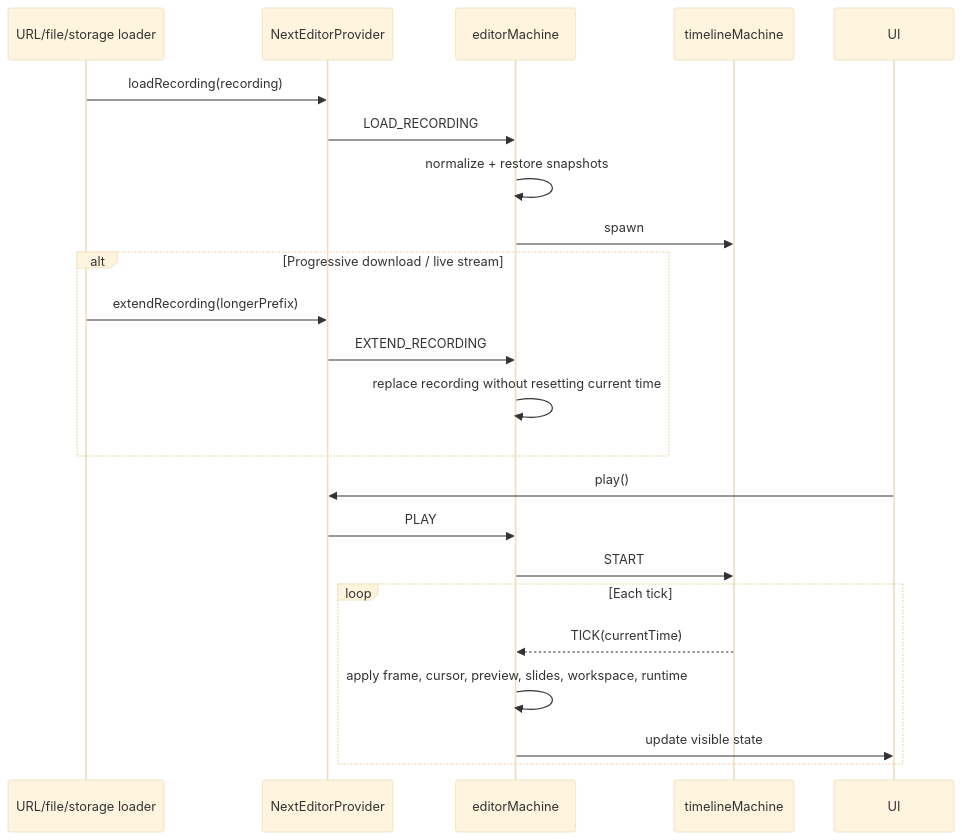
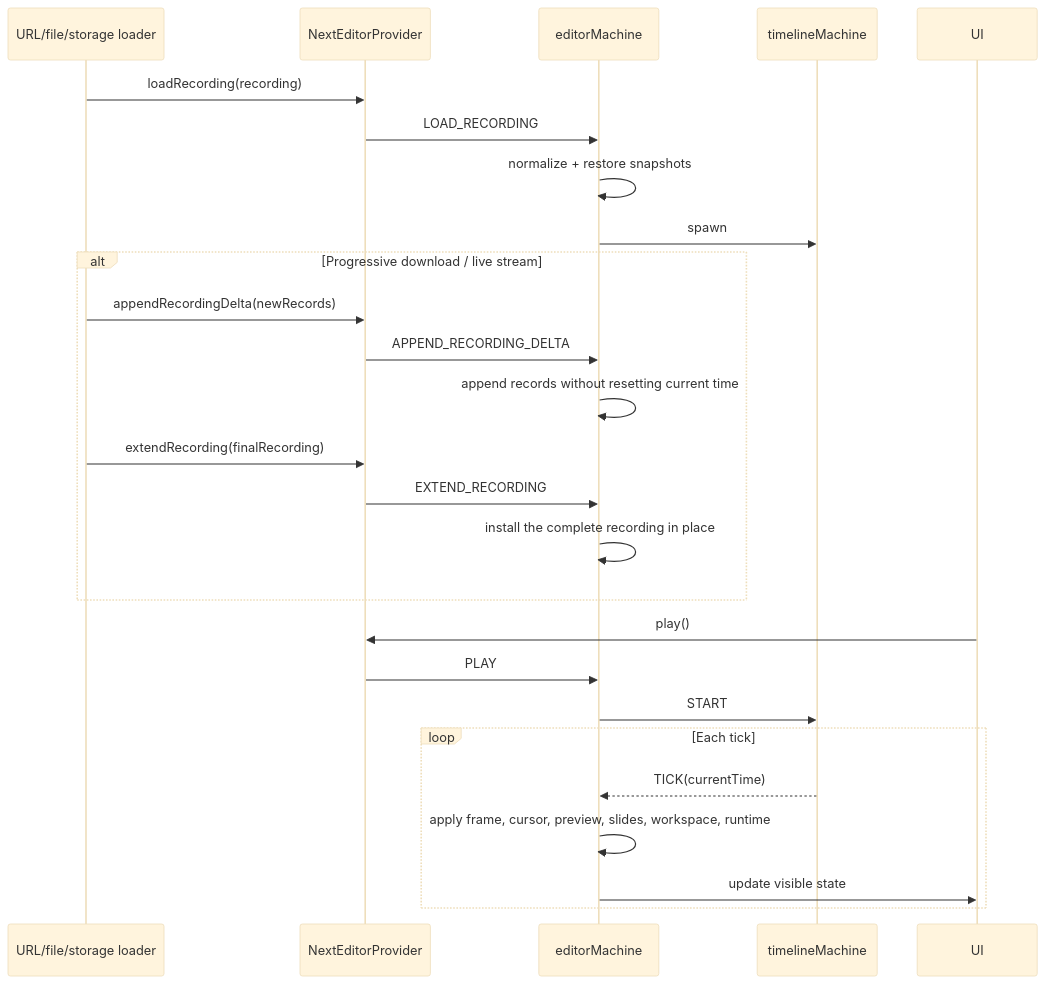
One commit to channyeintun/next-editor changed the third of 6 diagrams in docs/data-flow.md. Above: the diagram before and after it, drawn with Mermaid (base theme). The commit also changed other lines of this file and 3 other files, not shown here.

````diff
--- a/docs/data-flow.md
+++ b/docs/data-flow.md
@@ -94,29 +94,32 @@
 ```mermaid
 sequenceDiagram
     participant Loader as URL/file/storage loader
     participant Provider as NextEditorProvider
     participant Machine as editorMachine
     participant Timeline as timelineMachine
     participant UI
 
     Loader->>Provider: loadRecording(recording)
     Provider->>Machine: LOAD_RECORDING
     Machine->>Machine: normalize + restore snapshots
     Machine->>Timeline: spawn
 
     alt Progressive download / live stream
-        Loader->>Provider: extendRecording(longerPrefix)
+        Loader->>Provider: appendRecordingDelta(newRecords)
+        Provider->>Machine: APPEND_RECORDING_DELTA
+        Machine->>Machine: append records without resetting current time
+        Loader->>Provider: extendRecording(finalRecording)
         Provider->>Machine: EXTEND_RECORDING
-        Machine->>Machine: replace recording without resetting current time
+        Machine->>Machine: install the complete recording in place
     end
 
     UI->>Provider: play()
     Provider->>Machine: PLAY
     Machine->>Timeline: START
 
     loop Each tick
         Timeline-->>Machine: TICK(currentTime)
         Machine->>Machine: apply frame, cursor, preview, slides, workspace, runtime
         Machine->>UI: update visible state
     end
 ```
````
